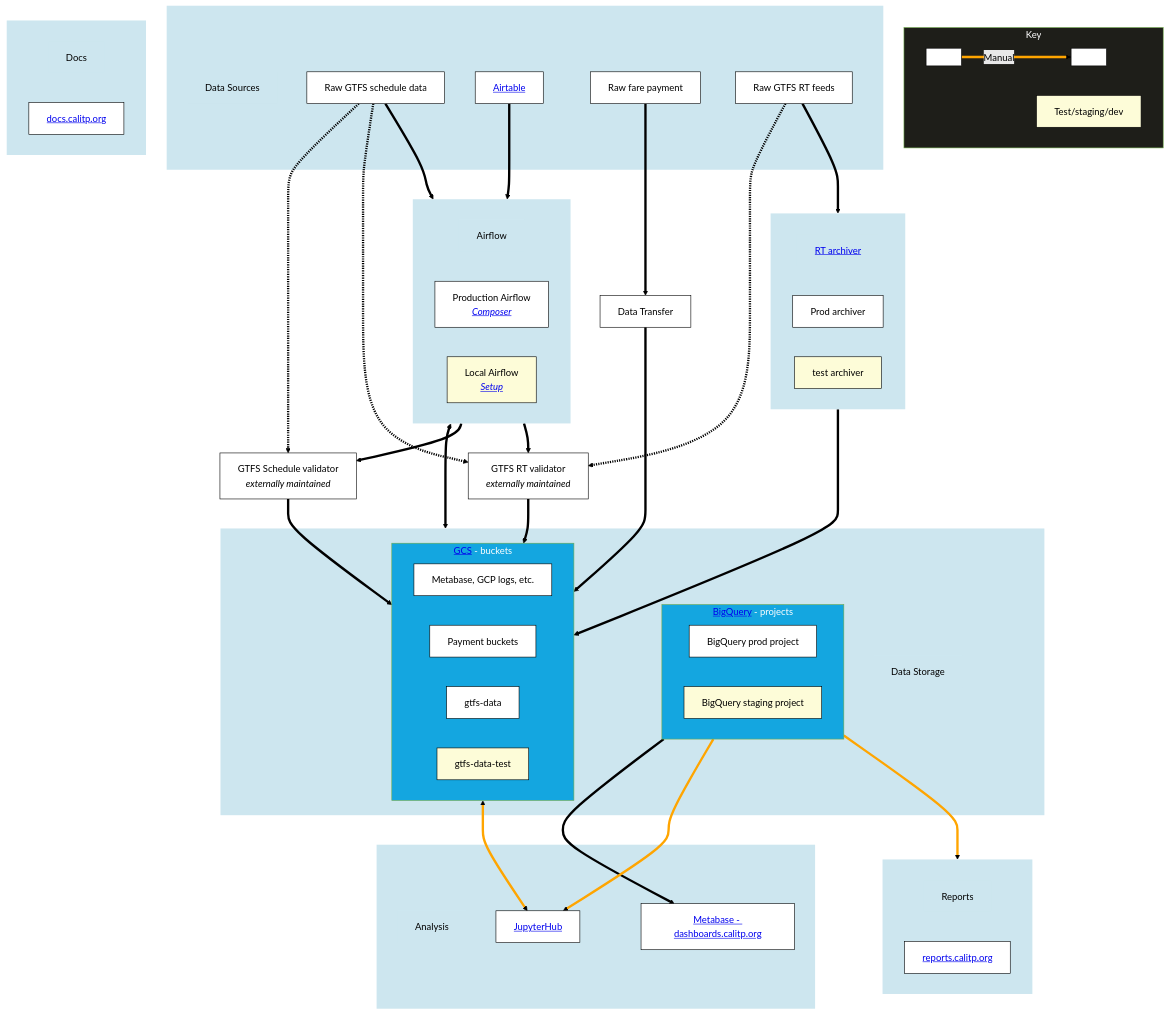
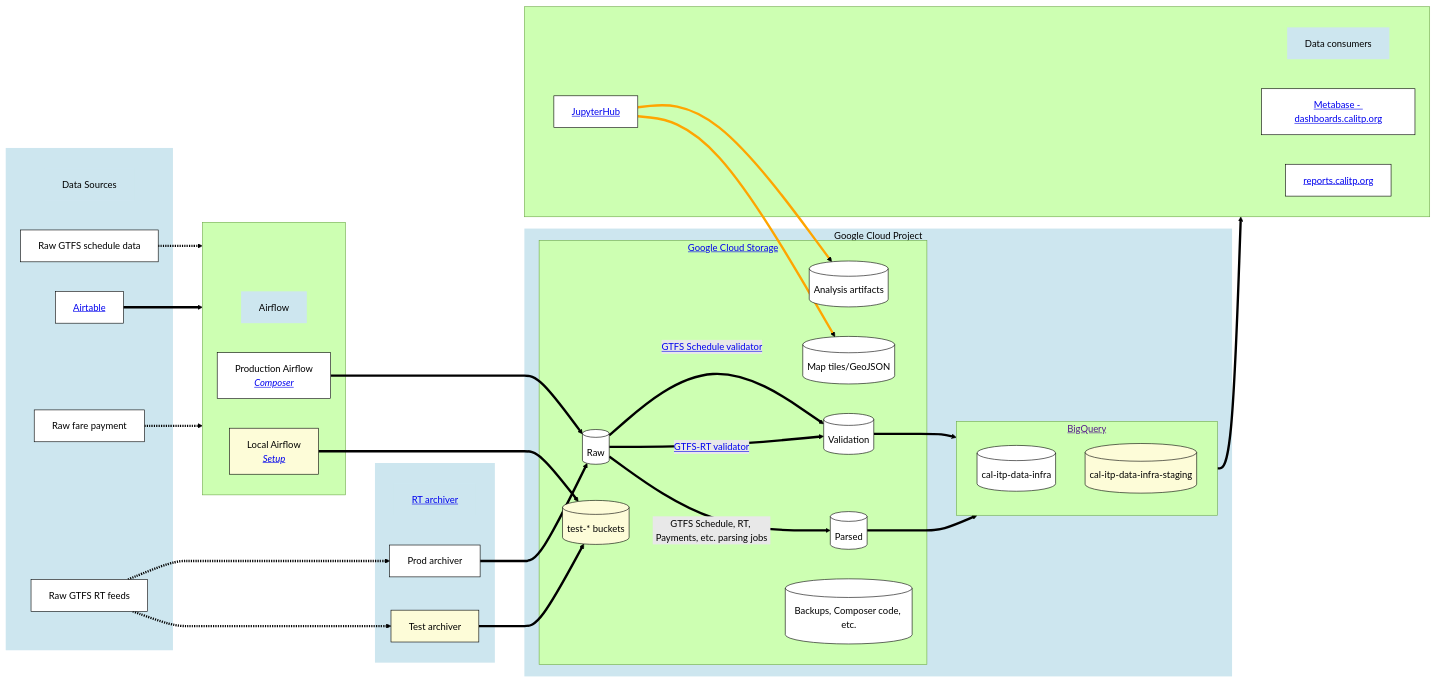
Before and after one commit to cal-itp/data-infra: the second of 2 diagrams in _sources/architecture/architecture_overview.md, drawn with Mermaid (forest theme). The commit also changed other lines of this file and 10 other files, not shown here.

````diff
--- a/_sources/architecture/architecture_overview.md
+++ b/_sources/architecture/architecture_overview.md
@@ -5,97 +76,78 @@
 ```{mermaid}
-flowchart TD
+flowchart LR
+%% default styles
+classDef default fill:white, color:black, stroke:black, stroke-width:1px
+linkStyle default stroke:black, stroke-width:4px
+classDef test fill:#fdfcd8, color:#000000
+classDef group fill:#cde6ef, color:black, stroke-width:0px
+classDef subgroup fill:#14A6E0, color:white
+
 %% note that you seemingly cannot have a subgraph that only contains other subgraphs
 %% so I am using "label" nodes to make sure each subgraph has at least one direct child
-    subgraph key[Key]
-        empty3[ ]--Manual-->empty4[ ]
-        test[Test/staging/dev]
+subgraph sources[ ]
+    data_sources_label[Data Sources]:::group
+    raw_gtfs[Raw GTFS schedule data]
+    airtable[<a href='https://airtable.com/'>Airtable</a>]
+    raw_payment[Raw fare payment]
+    raw_rt[Raw GTFS RT feeds]
+end
+subgraph rt_archiver[ ]
+    rt_archiver_label[<a href='https://github.com/cal-itp/data-infra/tree/main/services/gtfs-rt-archiver-v3'>RT archiver</a>]:::group
+    prod_rt_archiver[Prod archiver]
+    test_rt_archiver[Test archiver]:::test
+end
+subgraph airflow[ ]
+    airflow_label[Airflow]:::group
+    airflow_prod[Production Airflow <br><i><a href='https://console.cloud.google.com/composer/environments?project=cal-itp-data-infra&supportedpurview=project'>Composer</a></i>]
+    airflow_local[Local Airflow <br><i><a href='https://github.com/cal-itp/data-infra/blob/main/airflow/README.md'>Setup</a></i>]:::test
+end
+subgraph gcp[Google Cloud Project]
+    subgraph bigquery[<a href=''>BigQuery</a>]
+        bq_cal_itp_data_infra[(cal-itp-data-infra)]
+        bq_cal_itp_data_infra_staging[(cal-itp-data-infra-staging)]:::test
     end
-    subgraph data_sources[ ]
-        data_sources_label[Data Sources]
-        raw_gtfs[Raw GTFS schedule data]
-        airtable[<a href='https://airtable.com/'>Airtable</a>]
-        raw_payment[Raw fare payment]
-        raw_rt[Raw GTFS RT feeds]
+    subgraph gcs[<a href='https://console.cloud.google.com/storage/browser'>Google Cloud Storage</a>]
+        gcs_raw[(Raw)]
+        gcs_parsed[(Parsed)]
+        gcs_validation[(Validation)]
+        gcs_analysis[(Analysis artifacts)]
+        gcs_map_tiles[(Map tiles/GeoJSON)]
+        gcs_other[(Backups, Composer code, etc.)]
+        gcs_test[(test-* buckets)]:::test
     end
-    subgraph airflow[ ]
-        airflow_label[Airflow]
-        airflow_prod[Production Airflow <br><i><a href='https://console.cloud.google.com/composer/environments?project=cal-itp-data-infra&supportedpurview=project'>Composer</a></i>]
-        airflow_local[Local Airflow <br><i><a href='https://github.com/cal-itp/data-infra/blob/main/airflow/README.md'>Setup</a></i>]
-    end
-    subgraph data_storage[ ]
-        data_storage_label[Data Storage]
-        subgraph bq[<a href='https://console.cloud.google.com/bigquery'>BigQuery</a> - projects]
-            bq_prod[BigQuery prod project]
-            bq_stage[BigQuery staging project]
-        end
-        subgraph gcs[<a href='https://console.cloud.google.com/storage/browser'>GCS</a> - buckets]
-            gcs_other[Metabase, GCP logs, etc.]
-            gcs_payment[Payment buckets]
-            gcs_gtfs[gtfs-data]
-            gcs_gtfs_test[gtfs-data-test]
-        end
-    end
-    subgraph rt_archiver[ ]
-        rt_archiver_label[<a href='https://github.com/cal-itp/data-infra/tree/main/services/gtfs-rt-archive'>RT archiver</a>]
-        prod_rt_archiver[Prod archiver]
-        prepod_rt_archiver[test archiver]
-    end
-    subgraph reports[ ]
-        reports_label[Reports]
-        reports_website[<a href='https://reports.calitp.org'>reports.calitp.org</a>]
-    end
-    subgraph docs[ ]
-        docs_label[Docs]
-        docs_website[<a href='https://docs.calitp.org'>docs.calitp.org</a>]
-    end
-    subgraph analysis_tools[ ]
-        analysis_tools_label[Analysis]
-        jupyterhub[<a href='https://hubtest.k8s.calitp.jarv.us/hub/'>JupyterHub</a>]
-        metabase[<a href='https://dashboards.calitp.org/'>Metabase - dashboards.calitp.org</a>]
-    end
-%% links from data sources
-raw_payment --> data_transfer[Data Transfer]
-raw_rt --> rt_archiver
-raw_gtfs --> airflow
+end
+
+subgraph consumers[ ]
+    consumers_label[Data consumers]:::group
+    jupyterhub[<a href='https://hubtest.k8s.calitp.jarv.us/hub/'>JupyterHub</a>]
+    metabase[<a href='https://dashboards.calitp.org/'>Metabase - dashboards.calitp.org</a>]
+    reports_website[<a href='https://reports.calitp.org'>reports.calitp.org</a>]
+end
+
+%% subgraphs cannot be styled in-line
+class sources,rt_archiver,airflow,gcp,consumers group
+
+%% manual actions; put first for easier style indexing
+%% add indices to linkStyle as new manual connections exist
+jupyterhub --> gcs_analysis
+jupyterhub --> gcs_map_tiles
+linkStyle 0,1 stroke:orange, stroke-width:4p
+
+%% data sources and transforms
+raw_gtfs -.-> airflow
 airtable --> airflow
-raw_gtfs -.-> schedule_validator
-raw_gtfs -.-> rt_validator
-raw_rt -.-> rt_validator
-%% links from data storage
-bq --> metabase
-bq --> jupyterhub
-bq --> reports
-gcs <--> jupyterhub
-%% links from ungrouped items
-data_transfer --> gcs
-rt_archiver --> gcs
-airflow <--> data_storage
-airflow --> schedule_validator[GTFS Schedule validator  <br> <i>externally maintained</i>]
-airflow --> rt_validator[GTFS RT validator <br> <i>externally maintained</i>]
-schedule_validator --> gcs
-rt_validator --> gcs
-%% define styles
-classDef default fill:white, color:black, stroke:black, stroke-width:1px
-%% yellow for testing / staging versions
-classDef teststyle fill:#fdfcd8, color:#000000
-%% styling for groups & their labels
-classDef group_labelstyle fill:#cde6ef, color:black, stroke-width:0px
-%% styling for subgroups
-classDef subgroupstyle fill:#14A6E0, color:white
-%% styling for the key
-classDef keystyle fill:#1e1e19, color: white
-%% apply test styles
-class prepod_rt_archiver,bq_stage,gcs_gtfs_test,airflow_local,test teststyle
-%% apply label styles
-class data_storage_label,data_sources_label,reports_label,docs_label,analysis_tools_label,airflow_label,rt_archiver_label group_labelstyle
-%% apply group styles
-class data_storage,data_sources,reports,docs,analysis_tools,airflow,rt_archiver group_labelstyle
-%% apply subgroup styles
-class gcs,bq subgroupstyle
-%% style the key
-class key keystyle
-%% default arrow style
-linkStyle default stroke:black, stroke-width:4px
-%% manual connection arrow style
-linkStyle 0,9,10,11 stroke:orange, stroke-width:4px
+raw_payment -.-> airflow
+airflow_prod ---> gcs_raw
+airflow_local ---> gcs_test
+raw_rt -.-> prod_rt_archiver --> gcs_raw
+raw_rt -.-> test_rt_archiver --> gcs_test
+%% data transformations
+gcs_raw -->|<a href='https://github.com/MobilityData/gtfs-validator'>GTFS Schedule validator</a>| gcs_validation
+gcs_raw -->|<a href='https://github.com/MobilityData/gtfs-realtime-validator'>GTFS-RT validator</a>| gcs_validation
+gcs_raw -->|"GTFS Schedule, RT, Payments, etc. parsing jobs"| gcs_parsed
+
+%% data consumption
+gcs_parsed --> bigquery
+gcs_validation --> bigquery
+bigquery --> consumers
 ```
````
